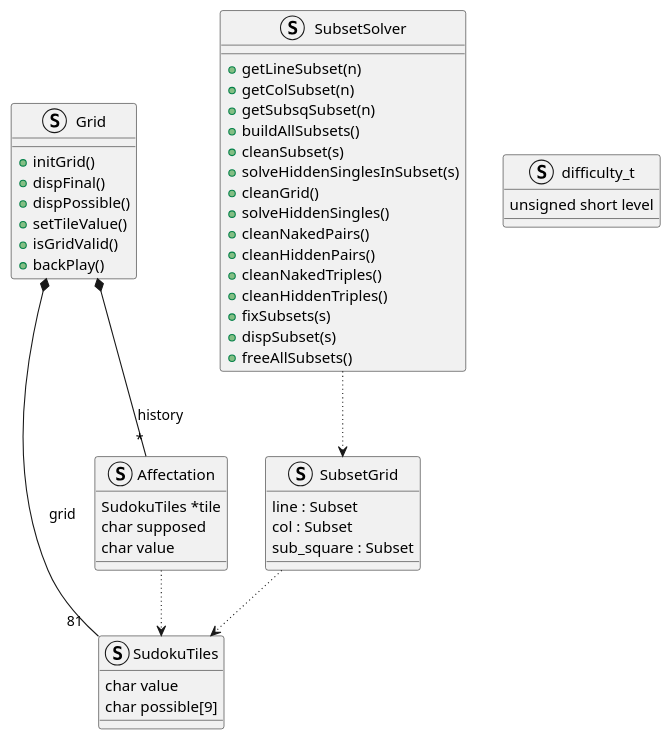
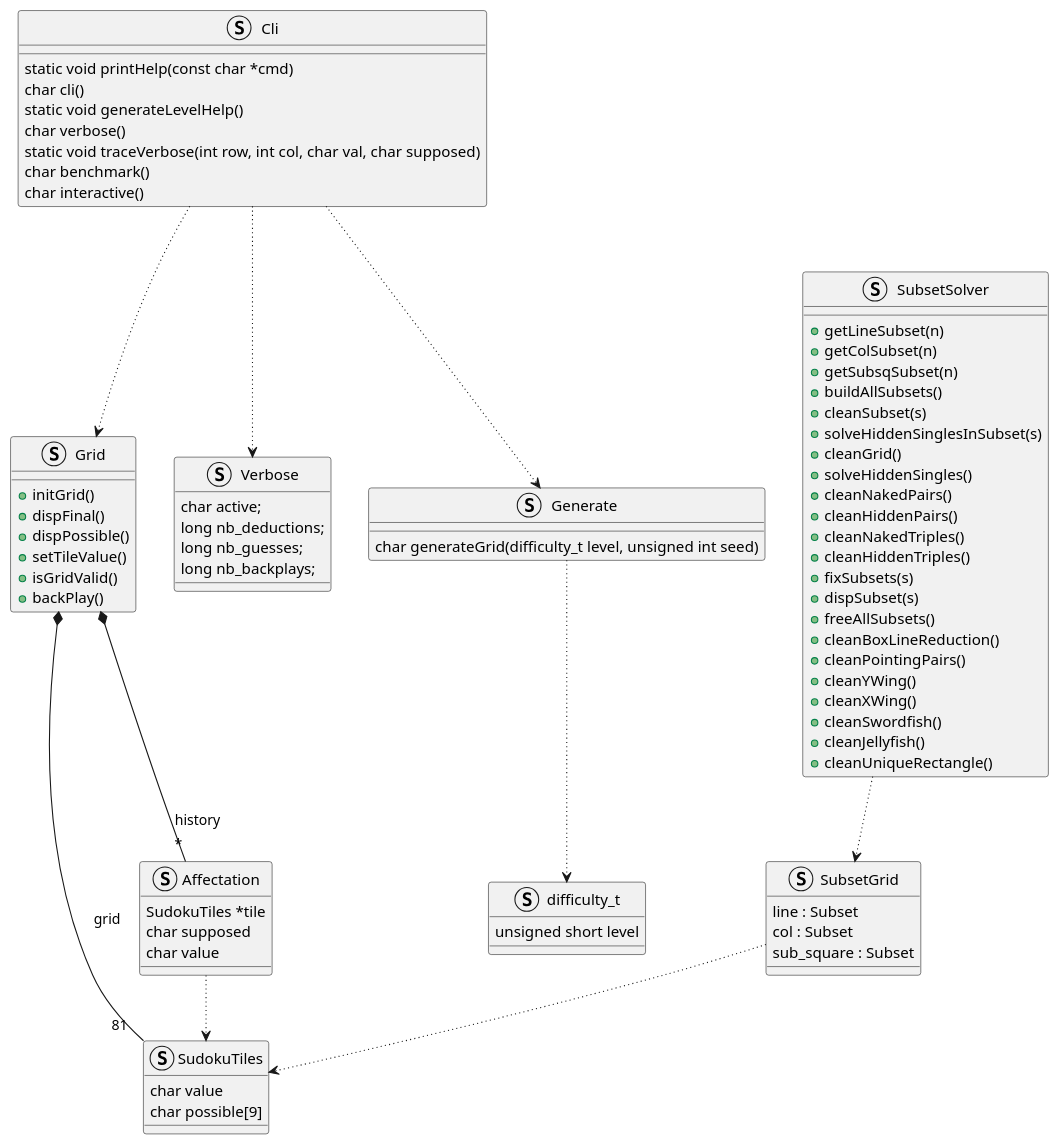
The diagram in doc/sudoku_solver.puml (SudokuSolverJUNIA2526/sudoku-solver), drawn with PlantUML before and after one commit. The commit also changed 2 other files, not shown here.

Commit message:
Updated architecture file

```diff
--- a/doc/sudoku_solver.puml
+++ b/doc/sudoku_solver.puml
@@ -1,62 +1,96 @@
 @startuml
 
 struct SudokuTiles {
     char value
     char possible[9]
 }
 
 ' stereotype **Subset
 
 struct Affectation {
     SudokuTiles *tile
     char supposed
     char value
 }
 
 struct Grid {
     + initGrid()
     + dispFinal()
     + dispPossible()
     + setTileValue()
     + isGridValid()
     + backPlay()
 }
 
 Grid *-- "81  " SudokuTiles : grid
 Grid *-- "*" Affectation : history
 
 Affectation -[dotted]-> SudokuTiles
 
 struct SubsetGrid {
     line : Subset
     col : Subset
     sub_square : Subset
 }
 
 struct SubsetSolver {
     + getLineSubset(n)
     + getColSubset(n)
     + getSubsqSubset(n)
     + buildAllSubsets()
     + cleanSubset(s)
     + solveHiddenSinglesInSubset(s)
     + cleanGrid()
     + solveHiddenSingles()
     + cleanNakedPairs()
     + cleanHiddenPairs()
     + cleanNakedTriples()
     + cleanHiddenTriples()
     + fixSubsets(s)
     + dispSubset(s)
     + freeAllSubsets()
+    + cleanBoxLineReduction()
+    + cleanPointingPairs()
+    + cleanYWing()
+    + cleanXWing()
+    + cleanSwordfish()
+    + cleanJellyfish()
+    + cleanUniqueRectangle()
 }
 
 SubsetSolver -[dotted]-> SubsetGrid
 
 SubsetGrid -[dotted]->  SudokuTiles
 
 struct difficulty_t {
     unsigned short level
 }
 
+struct Verbose {
+    char active;
+    long nb_deductions;
+    long nb_guesses;
+    long nb_backplays;
+}
+
+struct Cli {
+    static void printHelp(const char *cmd)
+    char cli()
+    static void generateLevelHelp()
+    char verbose()
+    static void traceVerbose(int row, int col, char val, char supposed)
+    char benchmark()
+    char interactive()
+}
+
+Cli -[dotted]-> Verbose
+Cli -[dotted]-> Grid
+
+struct Generate {
+    char generateGrid(difficulty_t level, unsigned int seed)
+}
+
+Generate -[dotted]-> difficulty_t
+Cli -[dotted]-> Generate
+
 @enduml
```
